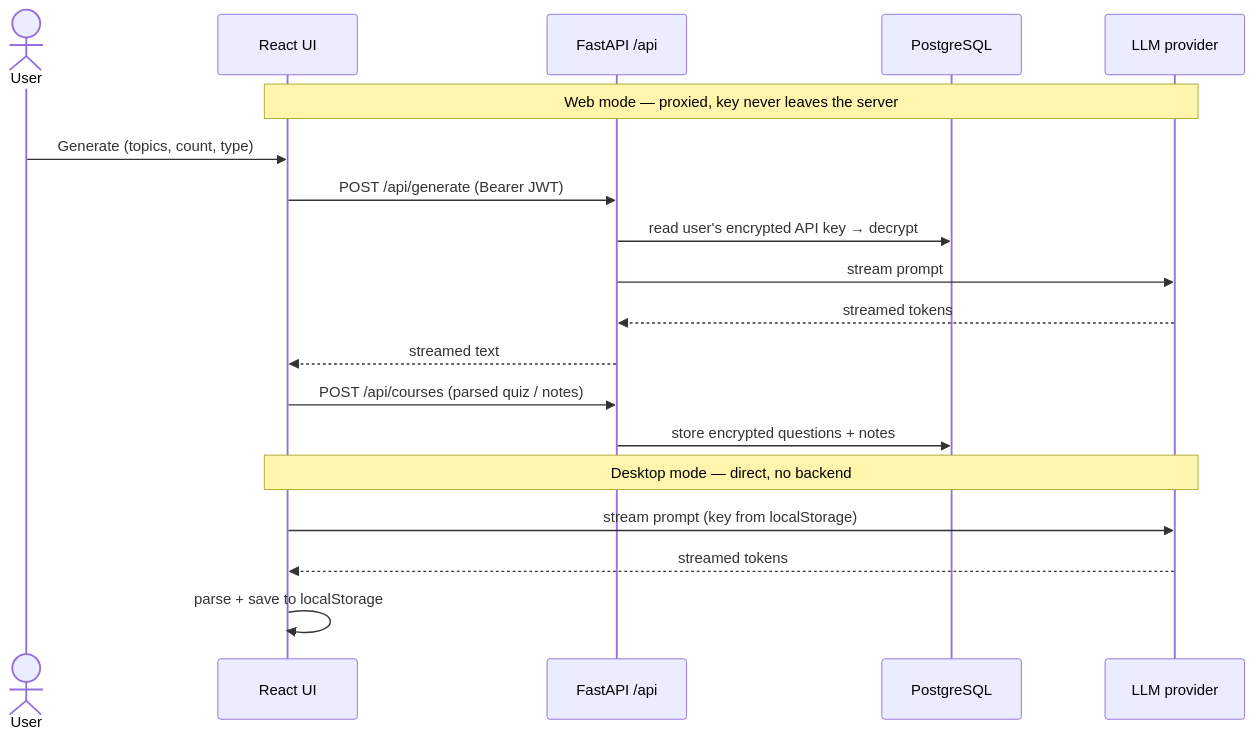
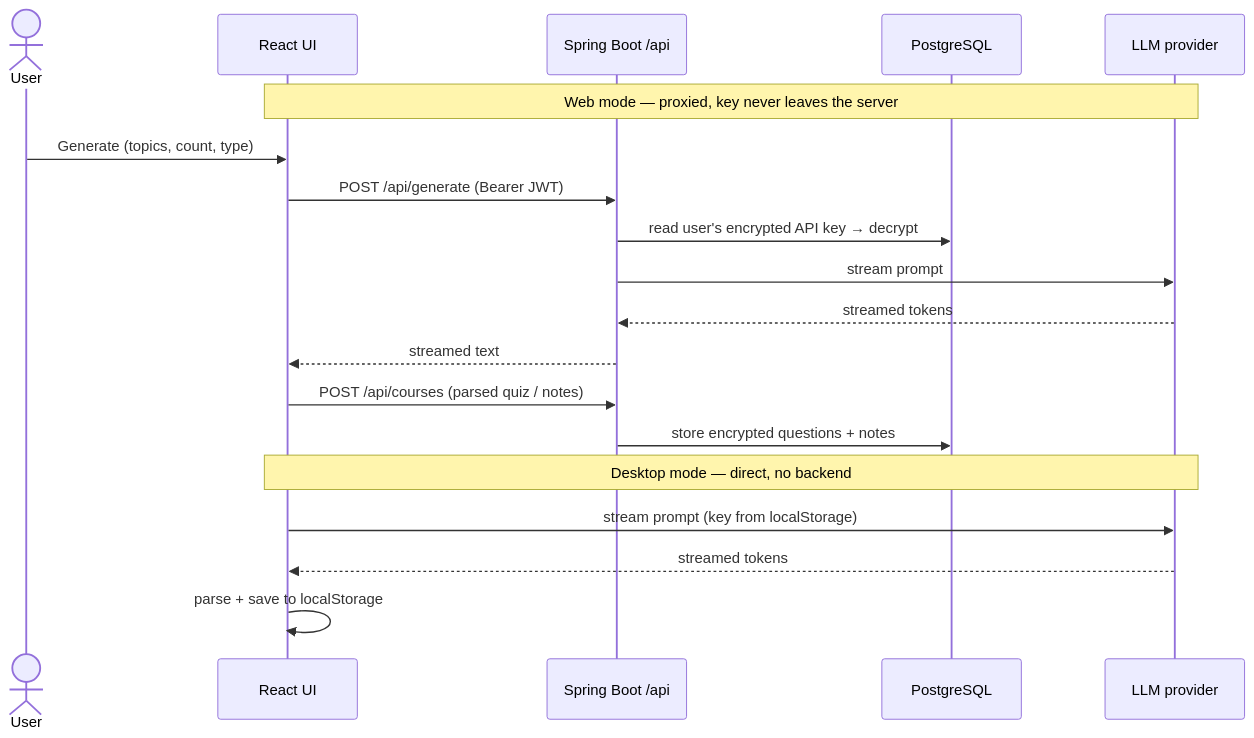
The fifth of 7 diagrams in docs/ARCHITECTURE.md (rishabh750/quiz), drawn with Mermaid before and after one commit. The commit also changed other lines of this file and 83 other files, not shown here.

````diff
--- a/docs/ARCHITECTURE.md
+++ b/docs/ARCHITECTURE.md
@@ -128,23 +158,23 @@
 ```mermaid
 sequenceDiagram
   actor U as User
   participant UI as React UI
-  participant API as FastAPI /api
+  participant API as Spring Boot /api
   participant DB as PostgreSQL
   participant P as LLM provider
 
   Note over UI,P: Web mode — proxied, key never leaves the server
   U->>UI: Generate (topics, count, type)
   UI->>API: POST /api/generate (Bearer JWT)
   API->>DB: read user's encrypted API key → decrypt
   API->>P: stream prompt
   P-->>API: streamed tokens
   API-->>UI: streamed text
   UI->>API: POST /api/courses (parsed quiz / notes)
   API->>DB: store encrypted questions + notes
 
   Note over UI,P: Desktop mode — direct, no backend
   UI->>P: stream prompt (key from localStorage)
   P-->>UI: streamed tokens
   UI->>UI: parse + save to localStorage
 ```
````
